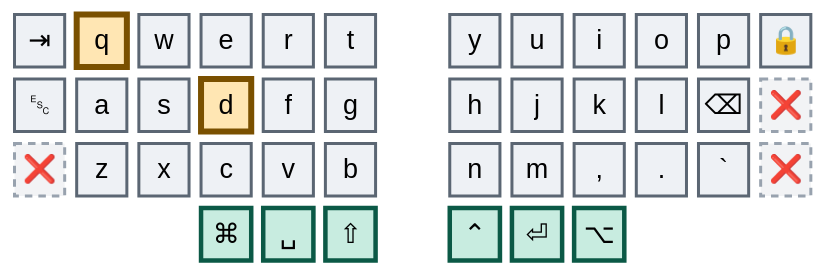
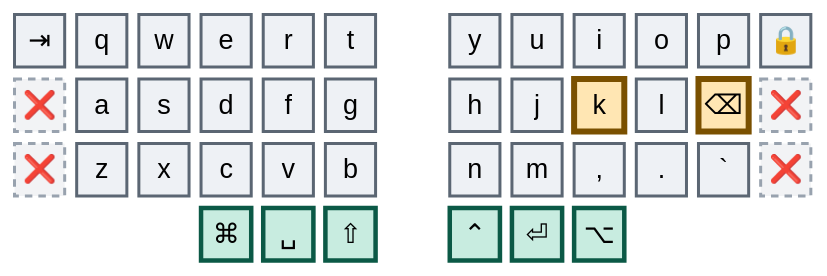
Diagram 15 of 41 in combos.md (abloch/zmk-corne), drawn with Mermaid before and after one commit. The commit also changed other lines of this file and 5 other files, not shown here.

````diff
--- a/combos.md
+++ b/combos.md
@@ -397,21 +399,21 @@
 ```mermaid
 %%{init: {'theme':'base','themeVariables':{'primaryColor':'#eef1f5','primaryTextColor':'#0b0f14','primaryBorderColor':'#5b6673','nodeTextColor':'#0b0f14','textColor':'#0b0f14','mainBkg':'#eef1f5','fontSize':'18px'}}}%%
 block
 columns 13
 
   tab["⇥"] q w e r t space y u i o p lock["🔒"]
-  esc["␛"] a s d f g space h j k l bspc["⌫"] x1["❌"]
+  x4["❌"] a s d f g space h j k l bspc["⌫"] x1["❌"]
   x2["❌"] z x c v b space n m cma[","] dot["."] grv[" `"] x3["❌"]
   space:3 cmd["⌘"] spc["␣"] sft["⇧"] space ctl["⌃"] ent["⏎"] alt["⌥"] space:3
 
   classDef anchor fill:#bfe6f0,stroke:#0a4f63,stroke-width:4px,color:#04222b
   classDef trig fill:#ffe6b3,stroke:#7a5000,stroke-width:4px,color:#2e1e00
   classDef core fill:#eef1f5,stroke:#5b6673,stroke-width:2px,color:#0b0f14
   classDef thumb fill:#c8ece0,stroke:#0b5946,stroke-width:3px,color:#06241c
   classDef dead fill:#f2f3f5,stroke:#98a2ae,stroke-width:2px,stroke-dasharray:5 4,color:#5b6673
 
-  class q,d trig
-  class tab,w,e,r,t,y,u,i,o,p,lock,esc,a,s,f,g,h,j,k,l,bspc,z,x,c,v,b,n,m,cma,dot,grv core
+  class k,bspc trig
+  class tab,q,w,e,r,t,y,u,i,o,p,lock,a,s,d,f,g,h,j,l,z,x,c,v,b,n,m,cma,dot,grv core
   class cmd,spc,sft,ctl,ent,alt thumb
-  class x1,x2,x3 dead
+  class x1,x2,x3,x4 dead
 ```
````
